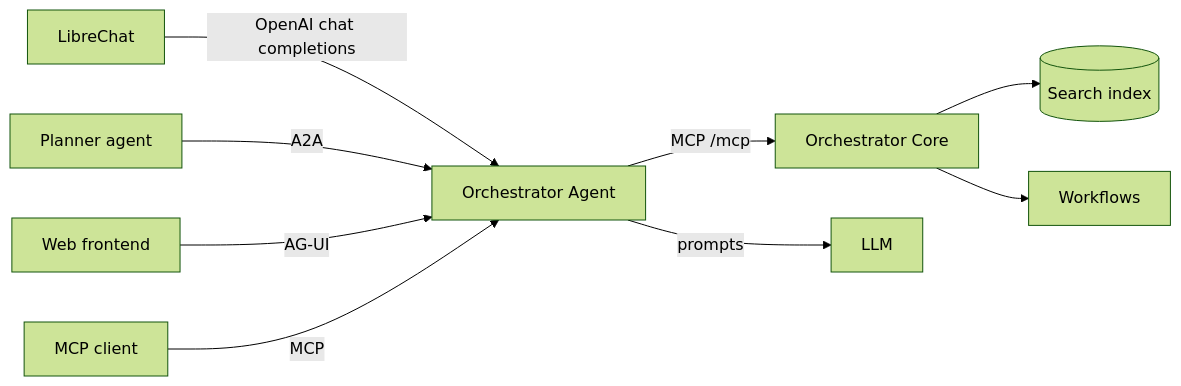
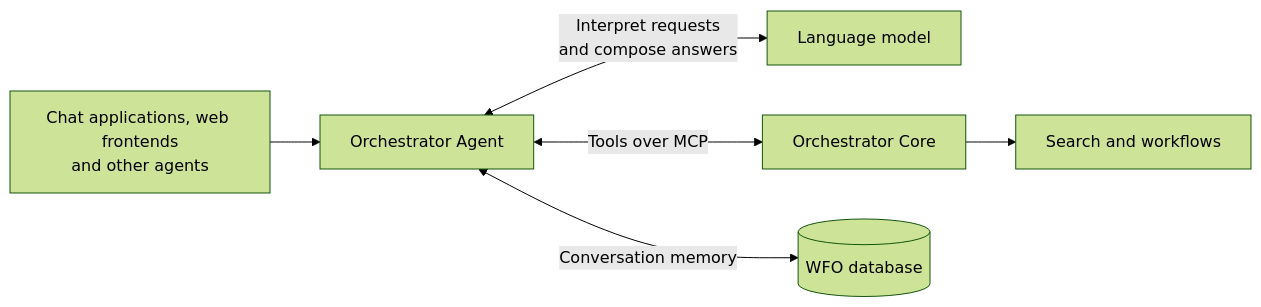
The diagram in docs/architecture/index.md (workfloworchestrator/orchestrator-agent), drawn with Mermaid (forest theme) before and after one commit. The commit also changed other lines of this file and 15 other files, not shown here.

````diff
--- a/docs/architecture/index.md
+++ b/docs/architecture/index.md
@@ -9,11 +9,8 @@
 ```mermaid
 flowchart LR
-    C1[LibreChat] -->|OpenAI chat completions| A
-    C2[Planner agent] -->|A2A| A
-    C3[Web frontend] -->|AG-UI| A
-    C4[MCP client] -->|MCP| A
-    A[Orchestrator Agent] -->|MCP /mcp| O[Orchestrator Core]
-    O --> S[(Search index)]
-    O --> W[Workflows]
-    A -->|prompts| L[LLM]
+    C[Chat applications, web frontends<br/>and other agents] --> A[Orchestrator Agent]
+    A <-->|Interpret requests<br/>and compose answers| L[Language model]
+    A <-->|Tools over MCP| O[Orchestrator Core]
+    O --> S[Search and workflows]
+    A <-->|Conversation memory| D[(WFO database)]
 ```
````
